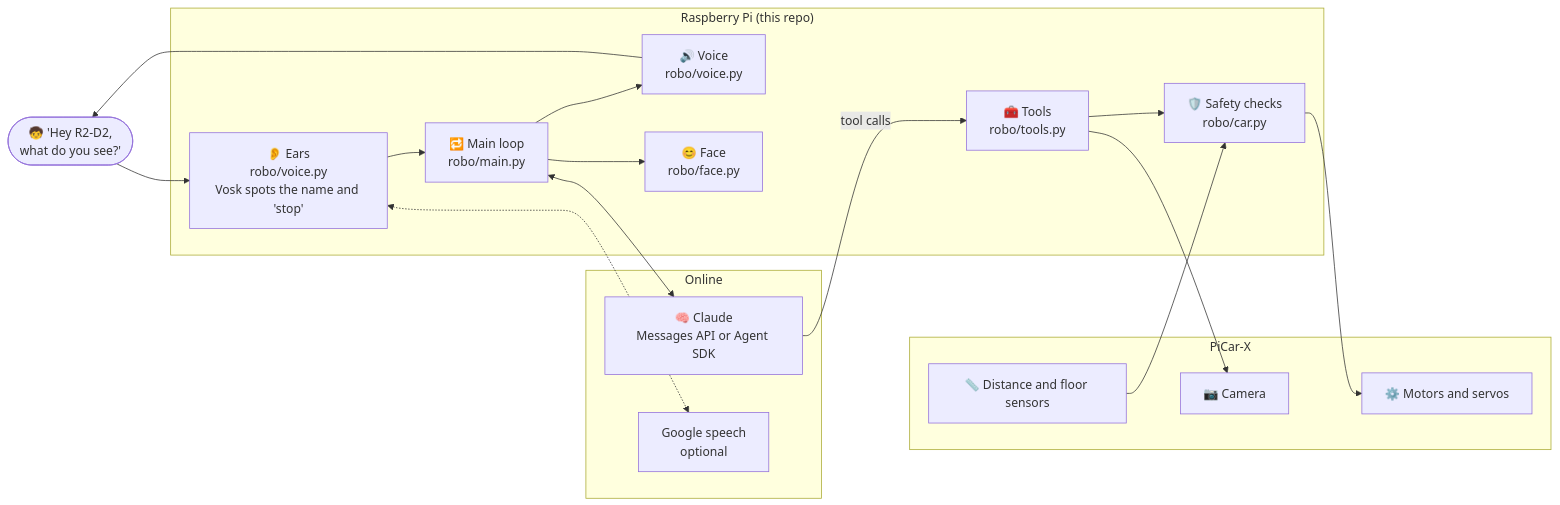
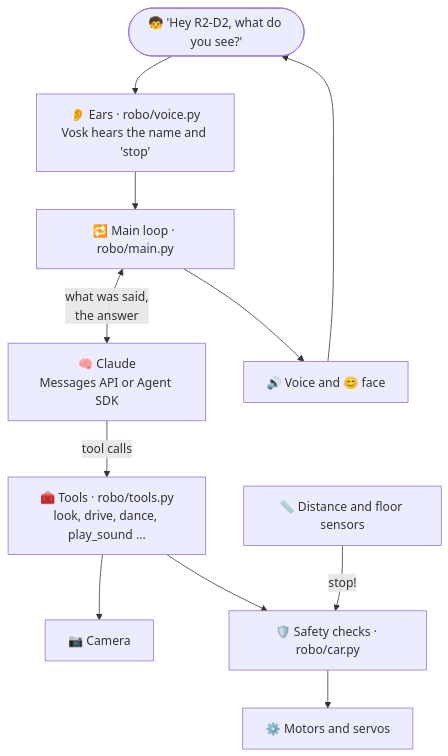
The first of 3 diagrams in README.md (praneeth-goparaju/r2d2-claude-robot), drawn with Mermaid before and after one commit. The commit also changed other lines of this file and 1 other file, not shown here.

Commit message:
README: readable diagrams; tests on GitHub install numpy

````diff
--- a/README.md
+++ b/README.md
@@ -54,34 +54,21 @@
 ```mermaid
-flowchart LR
-    kid(["🧒 'Hey R2-D2,<br>what do you see?'"])
-
-    subgraph pi["Raspberry Pi (this repo)"]
-        ears["👂 Ears<br>robo/voice.py<br>Vosk spots the name and 'stop'"]
-        loop["🔁 Main loop<br>robo/main.py"]
-        tools["🧰 Tools<br>robo/tools.py"]
-        safety["🛡️ Safety checks<br>robo/car.py"]
-        mouth["🔊 Voice<br>robo/voice.py"]
-        face["😊 Face<br>robo/face.py"]
-    end
-
-    subgraph cloud["Online"]
-        claude["🧠 Claude<br>Messages API or Agent SDK"]
-        google["Google speech<br>optional"]
-    end
-
-    subgraph car["PiCar-X"]
-        cam["📷 Camera"]
-        motors["⚙️ Motors and servos"]
-        sensors["📏 Distance and floor sensors"]
-    end
+flowchart TD
+    kid(["🧒 'Hey R2-D2, what do you see?'"])
+    ears["👂 Ears · robo/voice.py<br>Vosk hears the name and 'stop'"]
+    loop["🔁 Main loop · robo/main.py"]
+    claude["🧠 Claude<br>Messages API or Agent SDK"]
+    tools["🧰 Tools · robo/tools.py<br>look, drive, dance, play_sound ..."]
+    safety["🛡️ Safety checks · robo/car.py"]
+    cam["📷 Camera"]
+    motors["⚙️ Motors and servos"]
+    sensors["📏 Distance and floor sensors"]
+    out["🔊 Voice and 😊 face"]
 
     kid --> ears --> loop
-    ears <-.-> google
-    loop <--> claude
+    loop <-- "what was said,<br>the answer" --> claude
     claude -- "tool calls" --> tools
     tools --> cam
     tools --> safety --> motors
-    sensors --> safety
-    loop --> mouth --> kid
-    loop --> face
+    sensors -- "stop!" --> safety
+    loop --> out --> kid
 ```
````
